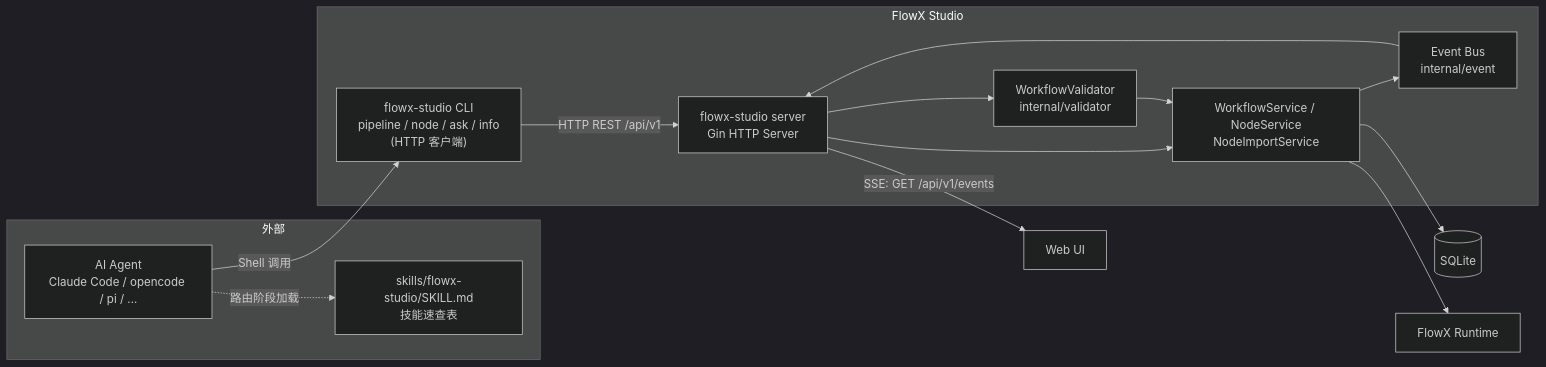
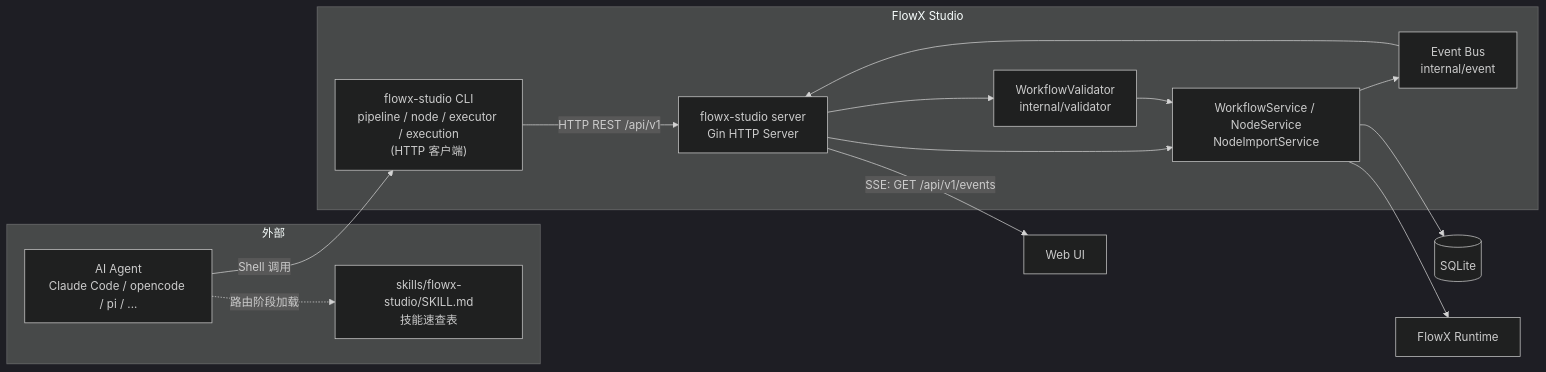
One commit to LerkoX/flowx-studio changed the first of 3 diagrams in docs/06-ai-service.md. Above: the diagram before and after it, drawn with Mermaid (dark theme). The commit also changed other lines of this file and 16 other files, not shown here.

First line of the commit message:
refactor: 移除 ask/info 终端交互命令

````diff
--- a/docs/06-ai-service.md
+++ b/docs/06-ai-service.md
@@ -46,31 +46,31 @@
 ```mermaid
 flowchart LR
     subgraph 外部
         AI[AI Agent<br/>Claude Code / opencode / pi / ...]
         SKILL[skills/flowx-studio/SKILL.md<br/>技能速查表]
     end
 
     subgraph FlowX Studio
-        CLI["flowx-studio CLI<br/>pipeline / node / ask / info<br/>(HTTP 客户端)"]
+        CLI["flowx-studio CLI<br/>pipeline / node / executor / execution<br/>(HTTP 客户端)"]
         HTTP["flowx-studio server<br/>Gin HTTP Server"]
         VAL[WorkflowValidator<br/>internal/validator]
         SVC[WorkflowService / NodeService<br/>NodeImportService]
         BUS[Event Bus<br/>internal/event]
     end
 
     DB[(SQLite)]
     RT[FlowX Runtime]
     UI[Web UI]
 
     AI -. "路由阶段加载" .-> SKILL
     AI -- "Shell 调用" --> CLI
     CLI -- "HTTP REST /api/v1" --> HTTP
     HTTP --> VAL
     HTTP --> SVC
     VAL --> SVC
     SVC --> DB
     SVC --> RT
     SVC --> BUS
     BUS --> HTTP
     HTTP -- "SSE: GET /api/v1/events" --> UI
 ```
````
